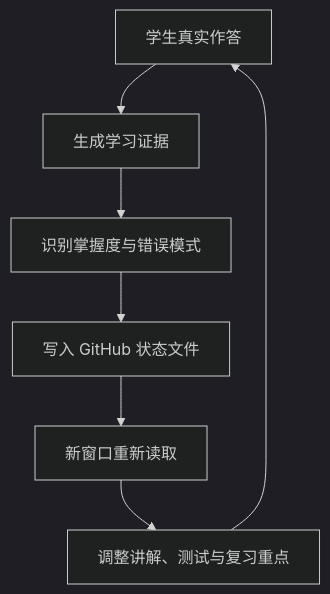
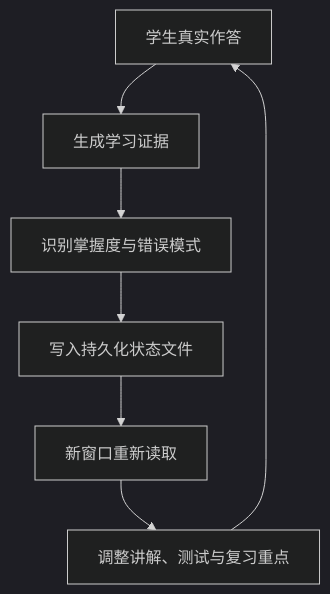
Before and after one commit to 11111f11111/human-gradient-descent: the fourth of 4 diagrams in docs/WORKFLOW.md, drawn with Mermaid (dark theme). The commit also changed other lines of this file, not shown here.

````diff
--- a/docs/WORKFLOW.md
+++ b/docs/WORKFLOW.md
@@ -113,9 +135,9 @@
 ```mermaid
 flowchart TD
     A[学生真实作答] --> B[生成学习证据]
     B --> C[识别掌握度与错误模式]
-    C --> D[写入 GitHub 状态文件]
+    C --> D[写入持久化状态文件]
     D --> E[新窗口重新读取]
     E --> F[调整讲解、测试与复习重点]
     F --> A
 ```
````
